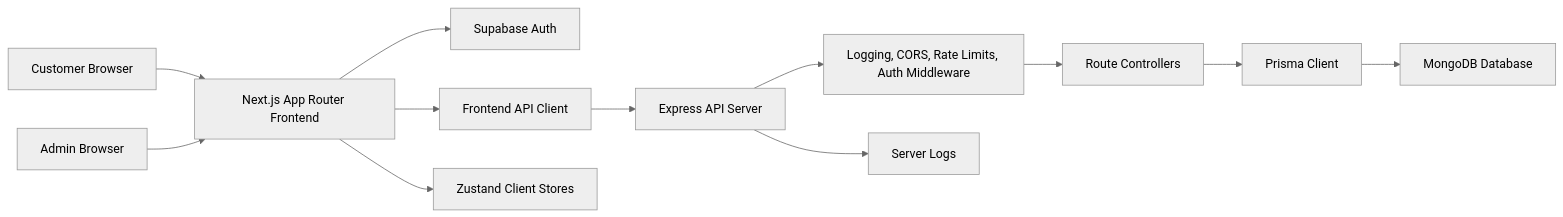
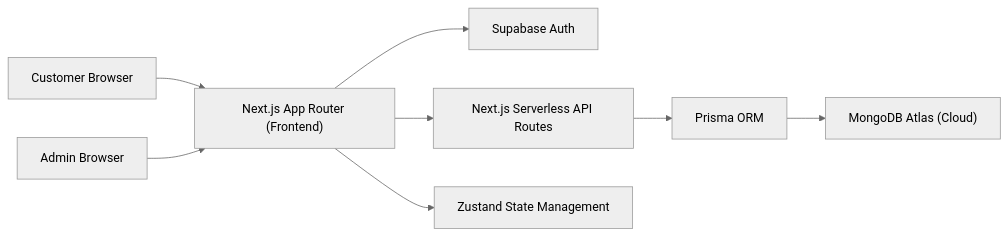
One commit to Arslan-web-Dev/full-stack-Electronics-eCommerce-Shop changed the first of 4 diagrams in README.md. Above: the diagram before and after it, drawn with Mermaid (neutral theme). The commit also changed other lines of this file, not shown here.

````diff
--- a/README.md
+++ b/README.md
@@ -82,17 +20,13 @@
 ```mermaid
 flowchart LR
-  User["Customer Browser"] --> Next["Next.js App Router Frontend"]
+  User["Customer Browser"] --> Next["Next.js App Router (Frontend)"]
   Admin["Admin Browser"] --> Next
 
   Next --> Supabase["Supabase Auth"]
-  Next --> ApiClient["Frontend API Client"]
-  ApiClient --> Express["Express API Server"]
+  Next --> APIRoutes["Next.js Serverless API Routes"]
+  
+  APIRoutes --> Prisma["Prisma ORM"]
+  Prisma --> Atlas["MongoDB Atlas (Cloud)"]
 
-  Express --> Middleware["Logging, CORS, Rate Limits, Auth Middleware"]
-  Middleware --> Controllers["Route Controllers"]
-  Controllers --> Prisma["Prisma Client"]
-  Prisma --> Mongo["MongoDB Database"]
-
-  Next --> Zustand["Zustand Client Stores"]
-  Express --> Logs["Server Logs"]
+  Next --> Zustand["Zustand State Management"]
 ```
````
